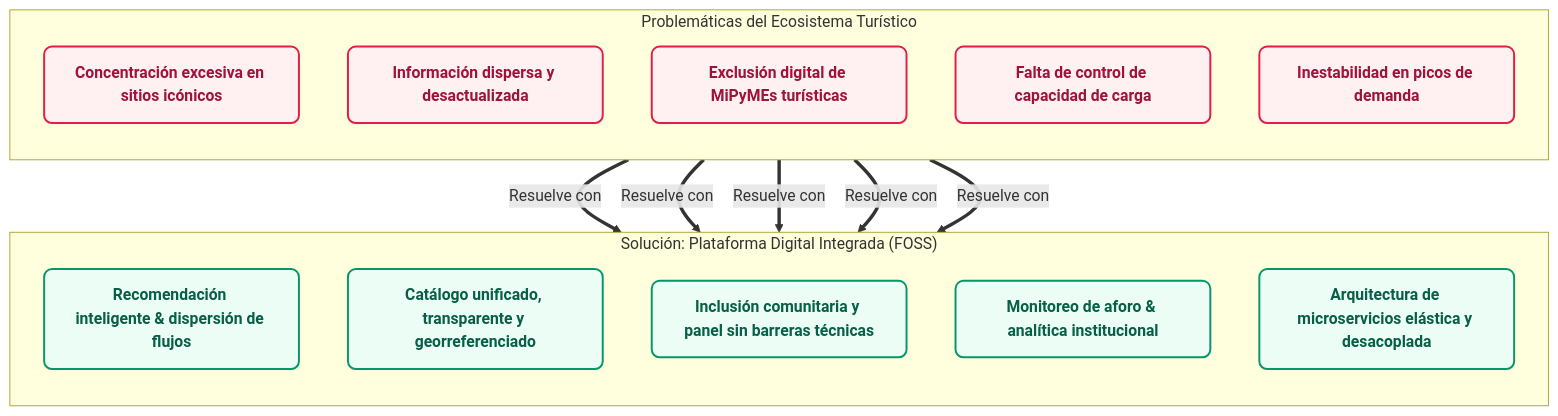
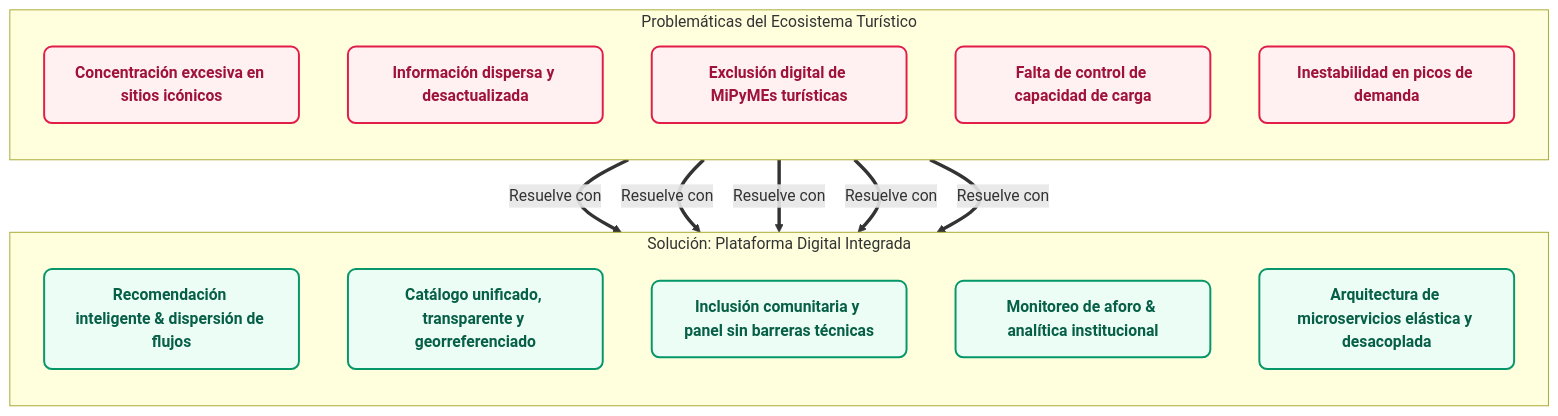
The first of 9 diagrams in Documents/Pages/Requirements_docIEEE.md (luifdo/Tourism), drawn with Mermaid before and after one commit. The commit also changed other lines of this file, not shown here.

````diff
--- a/Documents/Pages/Requirements_docIEEE.md
+++ b/Documents/Pages/Requirements_docIEEE.md
@@ -180,29 +185,29 @@
 ```mermaid
 flowchart TB
     classDef probBox fill:#fff1f2,stroke:#e11d48,stroke-width:2px,color:#9f1239,font-weight:600,rx:8px,ry:8px;
     classDef solBox fill:#ecfdf5,stroke:#059669,stroke-width:2px,color:#065f46,font-weight:600,rx:8px,ry:8px;
 
     subgraph Problematicas["Problemáticas del Ecosistema Turístico"]
         direction TB
         P1["Concentración excesiva en sitios icónicos"]:::probBox
         P2["Información dispersa y desactualizada"]:::probBox
         P3["Exclusión digital de MiPyMEs turísticas"]:::probBox
         P4["Falta de control de capacidad de carga"]:::probBox
         P5["Inestabilidad en picos de demanda"]:::probBox
     end
 
-    subgraph Solucion["Solución: Plataforma Digital Integrada (FOSS)"]
+    subgraph Solucion["Solución: Plataforma Digital Integrada"]
         direction TB
         S1["Recomendación inteligente & dispersión de flujos"]:::solBox
         S2["Catálogo unificado, transparente y georreferenciado"]:::solBox
         S3["Inclusión comunitaria y panel sin barreras técnicas"]:::solBox
         S4["Monitoreo de aforo & analítica institucional"]:::solBox
         S5["Arquitectura de microservicios elástica y desacoplada"]:::solBox
     end
 
     P1 ==>|Resuelve con| S1
     P2 ==>|Resuelve con| S2
     P3 ==>|Resuelve con| S3
     P4 ==>|Resuelve con| S4
     P5 ==>|Resuelve con| S5
 ```
````
